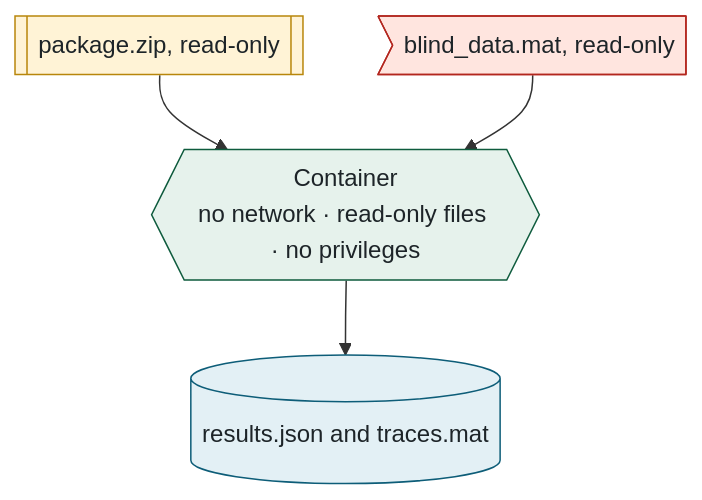
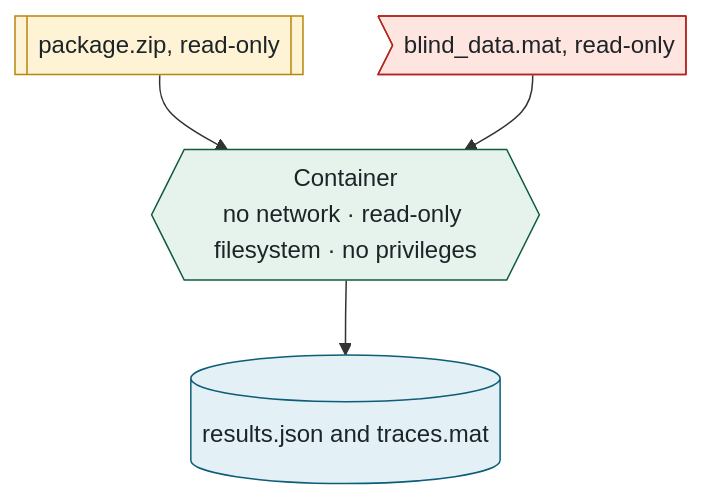
The fourth of 11 diagrams in docs/walkthrough/ALL-IN-ONE.md (McMaster-Battery-Research-Group/battery-soc-benchmark), drawn with Mermaid before and after one commit. The commit also changed other lines of this file and 22 other files, not shown here.

````diff
--- a/docs/walkthrough/ALL-IN-ONE.md
+++ b/docs/walkthrough/ALL-IN-ONE.md
@@ -242,14 +295,14 @@
 ```mermaid
 flowchart TB
     P[["package.zip, read-only"]] --> C
-    H>"blind_data.mat, read-only"] --> C{{"Container<br/>no network · read-only files · no privileges"}}
+    H>"blind_data.mat, read-only"] --> C{{"Container<br/>no network · read-only filesystem · no privileges"}}
     C --> O[("results.json and traces.mat")]
     classDef worker fill:#FFF3D6,stroke:#B8860B,color:#1d2428
     classDef danger fill:#FFE5DF,stroke:#B3261E,color:#1d2428
     classDef sandbox fill:#E6F2EC,stroke:#0E5B3D,color:#1d2428
     classDef data fill:#E3F0F5,stroke:#0D5D78,color:#1d2428
     class P worker
     class H danger
     class C sandbox
     class O data
 ```
````
